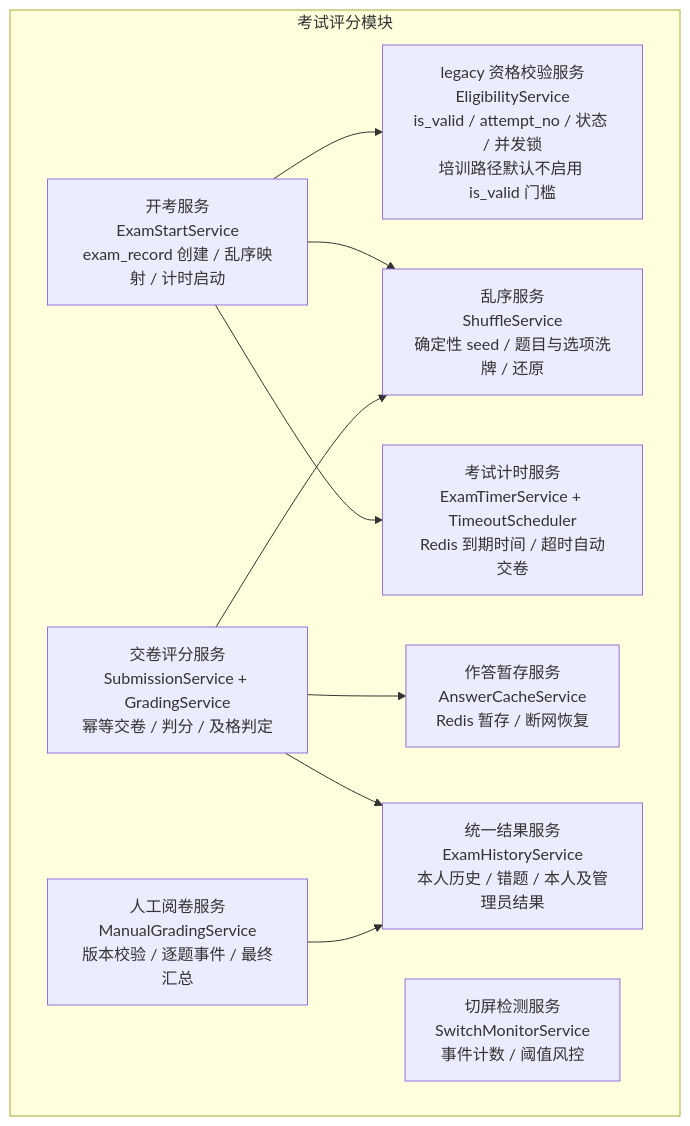
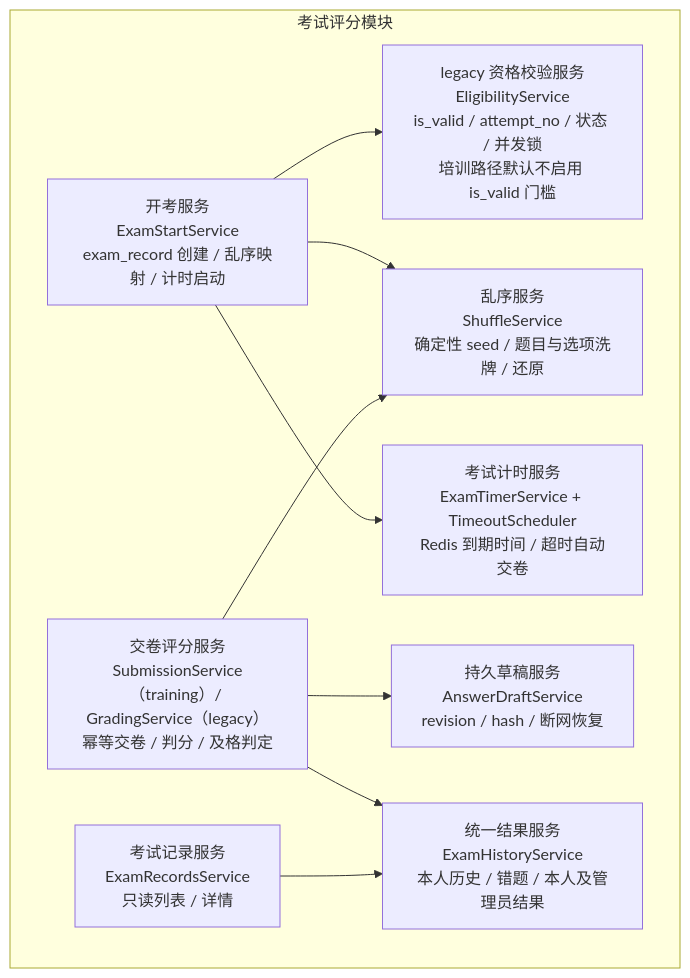
One commit to caoguanjie/emodor-exam changed diagram 14 of 17 in docs/design/05-模块设计.md. Above: the diagram before and after it, drawn with Mermaid. The commit also changed other lines of this file and 181 other files, not shown here.

````diff
--- a/docs/design/05-模块设计.md
+++ b/docs/design/05-模块设计.md
@@ -1099,21 +980,20 @@
 ```mermaid
 graph TB
     subgraph MOD5["考试评分模块"]
         ELIG["legacy 资格校验服务<br/>EligibilityService<br/>is_valid / attempt_no / 状态 / 并发锁<br/>培训路径默认不启用 is_valid 门槛"]
         START["开考服务<br/>ExamStartService<br/>exam_record 创建 / 乱序映射 / 计时启动"]
         SHUFFLE["乱序服务<br/>ShuffleService<br/>确定性 seed / 题目与选项洗牌 / 还原"]
         TIMER["考试计时服务<br/>ExamTimerService + TimeoutScheduler<br/>Redis 到期时间 / 超时自动交卷"]
-        ANS["作答暂存服务<br/>AnswerCacheService<br/>Redis 暂存 / 断网恢复"]
-        SWITCH["切屏检测服务<br/>SwitchMonitorService<br/>事件计数 / 阈值风控"]
-        GRADE["交卷评分服务<br/>SubmissionService + GradingService<br/>幂等交卷 / 判分 / 及格判定"]
+        ANS["持久草稿服务<br/>AnswerDraftService<br/>revision / hash / 断网恢复"]
+        GRADE["交卷评分服务<br/>SubmissionService（training）/ GradingService（legacy）<br/>幂等交卷 / 判分 / 及格判定"]
         QUERY["统一结果服务<br/>ExamHistoryService<br/>本人历史 / 错题 / 本人及管理员结果"]
-        MANUAL["人工阅卷服务<br/>ManualGradingService<br/>版本校验 / 逐题事件 / 最终汇总"]
+        RECORDS["考试记录服务<br/>ExamRecordsService<br/>只读列表 / 详情"]
     end
     START --> ELIG
     START --> SHUFFLE
     START --> TIMER
     GRADE --> ANS
     GRADE --> SHUFFLE
     GRADE --> QUERY
-    MANUAL --> QUERY
+    RECORDS --> QUERY
 ```
````
